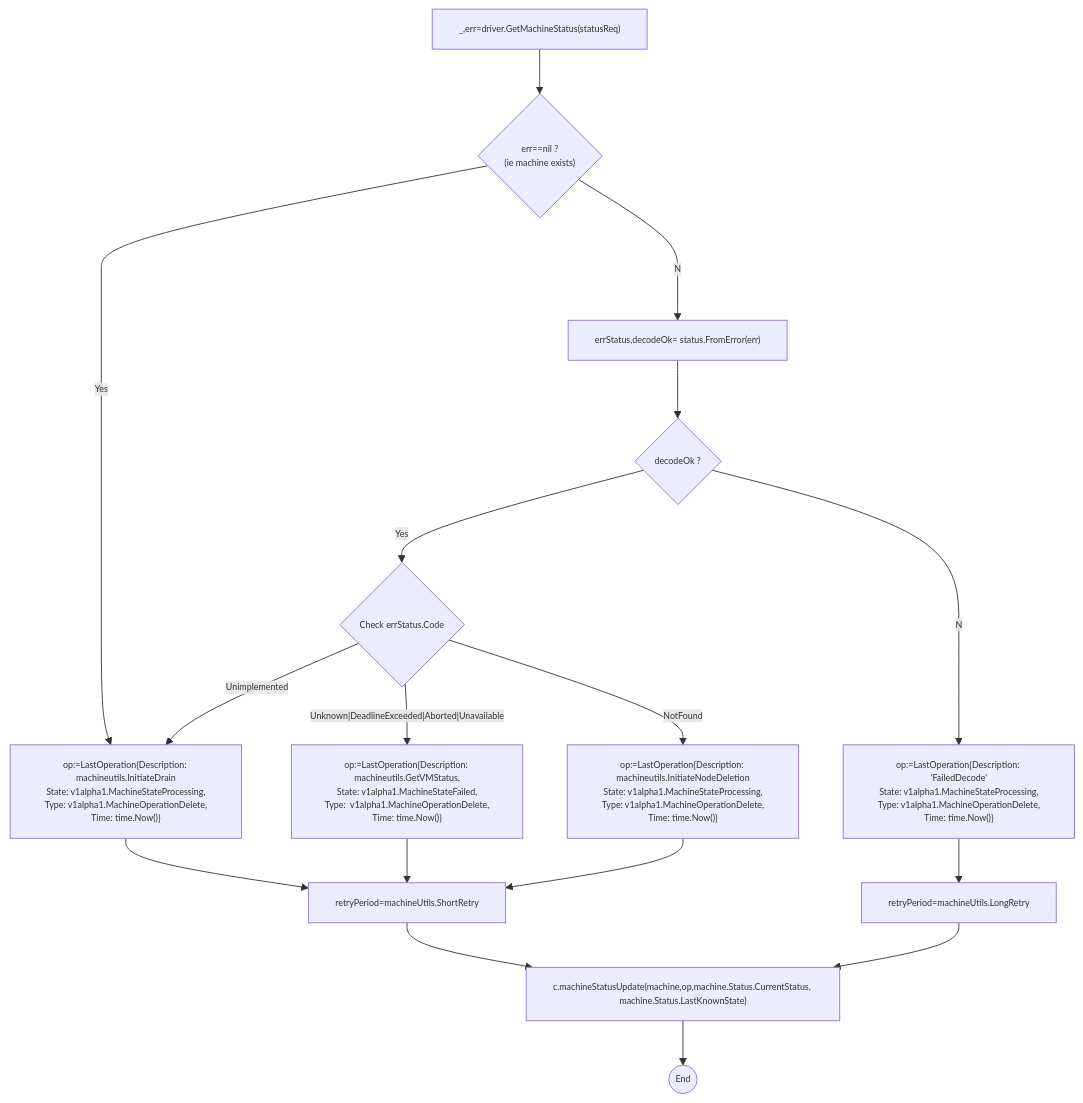
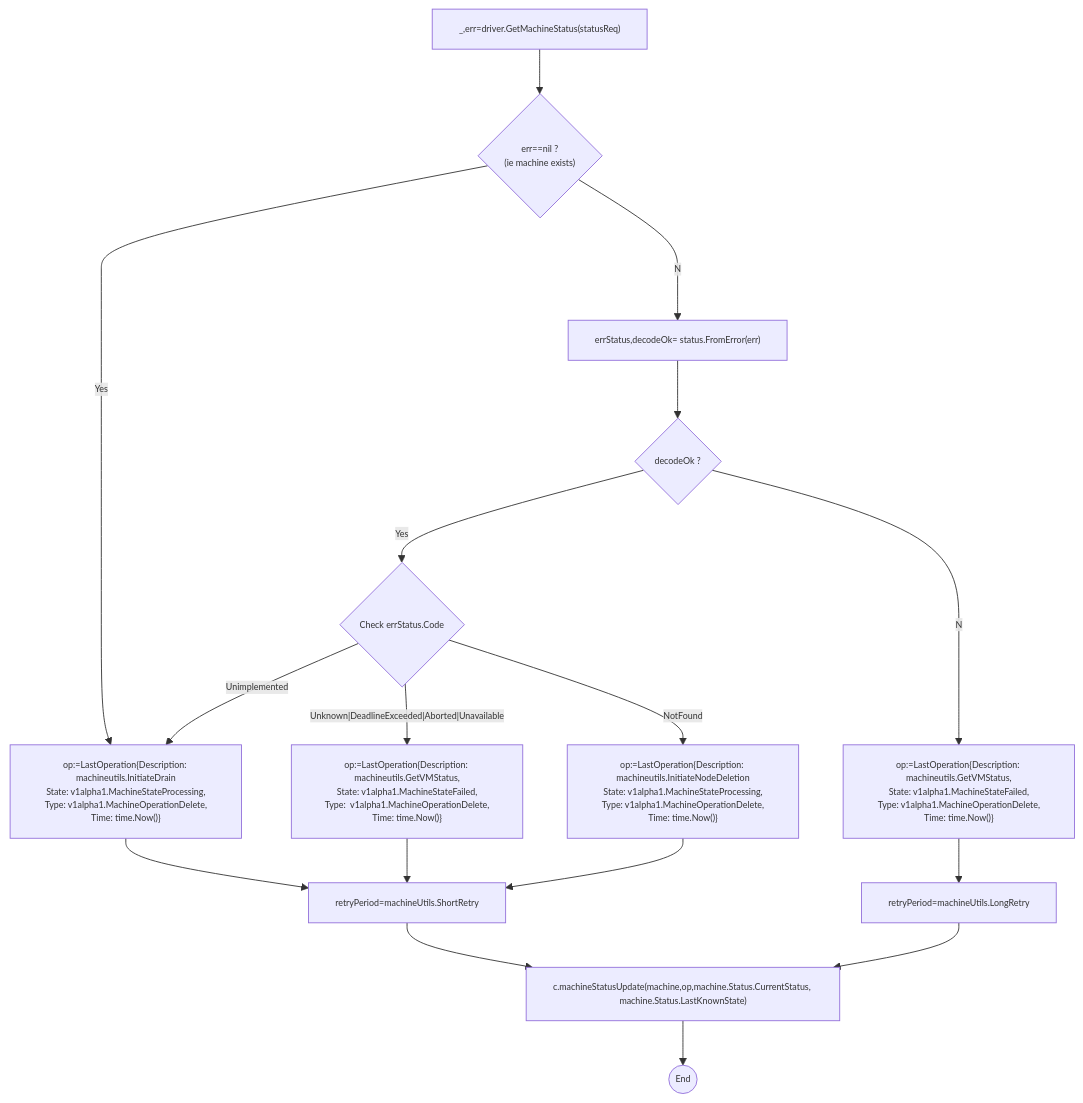
One commit to elankath/mcmdesign changed the third of 3 diagrams in src/cluster_machine_reconcile.md. Above: the diagram before and after it, drawn with Mermaid. The commit also changed other lines of this file and 4 other files, not shown here.

````diff
--- a/src/cluster_machine_reconcile.md
+++ b/src/cluster_machine_reconcile.md
@@ -134,58 +144,58 @@
 ```mermaid
 %%{init: {'themeVariables': { 'fontSize': '10px'}, "flowchart": {"useMaxWidth": false }}}%%
 flowchart TD
 
 GetMachineStatus["_,err=driver.GetMachineStatus(statusReq)"]
 ChkMachineExists{"err==nil ?\n (ie machine exists)"}
 DecodeErrorStatus["errStatus,decodeOk= status.FromError(err)"]
 CheckDecodeOk{"decodeOk ?"}
 
 CheckErrStatusCode{"Check errStatus.Code"}
 
 CreateDrainOp["op:=LastOperation{Description: machineutils.InitiateDrain
 State: v1alpha1.MachineStateProcessing,
 Type: v1alpha1.MachineOperationDelete,
 Time: time.Now()}"]
 
 CreateNodeDelOp["op:=LastOperation{Description: machineutils.InitiateNodeDeletion
 State: v1alpha1.MachineStateProcessing,
 Type: v1alpha1.MachineOperationDelete,
 Time: time.Now()}"]
 
-CreateDecodeFailedOp["op:=LastOperation{Description: 'FailedDecode'
-State: v1alpha1.MachineStateProcessing,
+CreateDecodeFailedOp["op:=LastOperation{Description: machineutils.GetVMStatus,
+State: v1alpha1.MachineStateFailed,
 Type: v1alpha1.MachineOperationDelete,
 Time: time.Now()}"]
 
 CreaterRetryVMStatusOp["op:=LastOperation{Description: machineutils.GetVMStatus,
 State: v1alpha1.MachineStateFailed,
 Type:  v1alpha1.MachineOperationDelete,
 Time: time.Now()}"]
 
 ShortR["retryPeriod=machineUtils.ShortRetry"]
 LongR["retryPeriod=machineUtils.LongRetry"]
 MachineStatusUpdate["c.machineStatusUpdate(machine,op,machine.Status.CurrentStatus, machine.Status.LastKnownState)"]
 
 Z(("End"))
 
 GetMachineStatus-->ChkMachineExists
 
 ChkMachineExists--Yes-->CreateDrainOp
 ChkMachineExists--No-->DecodeErrorStatus
 DecodeErrorStatus-->CheckDecodeOk
 CheckDecodeOk--Yes-->CheckErrStatusCode
 CheckDecodeOk--No-->CreateDecodeFailedOp
 CreateDecodeFailedOp-->LongR
 CheckErrStatusCode--"Unimplemented"-->CreateDrainOp
 CheckErrStatusCode--"Unknown|DeadlineExceeded|Aborted|Unavailable"-->CreaterRetryVMStatusOp
 CheckErrStatusCode--"NotFound"-->CreateNodeDelOp
 CreaterRetryVMStatusOp-->ShortR
 
 CreateDrainOp-->ShortR
 CreateNodeDelOp-->ShortR
 ShortR-->MachineStatusUpdate
 LongR-->MachineStatusUpdate
 MachineStatusUpdate-->Z
 
 
 ```
````
